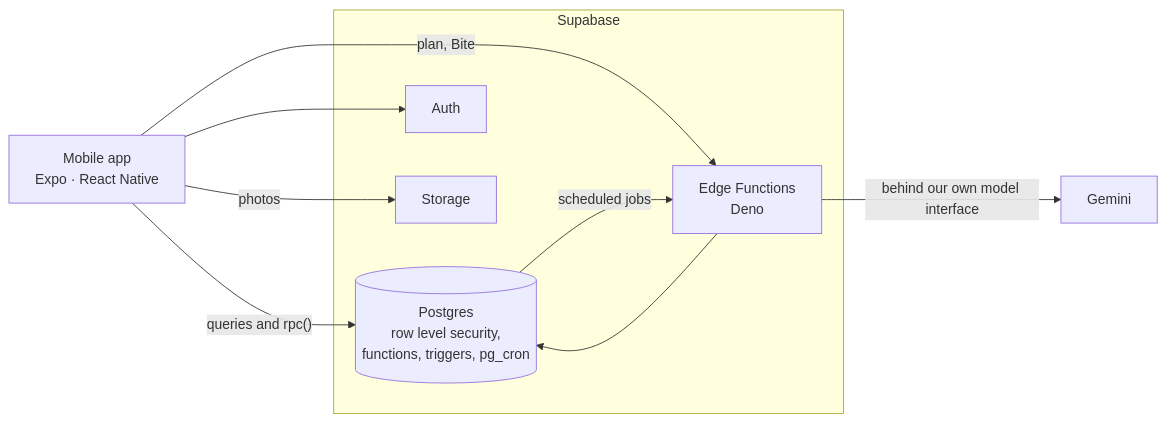
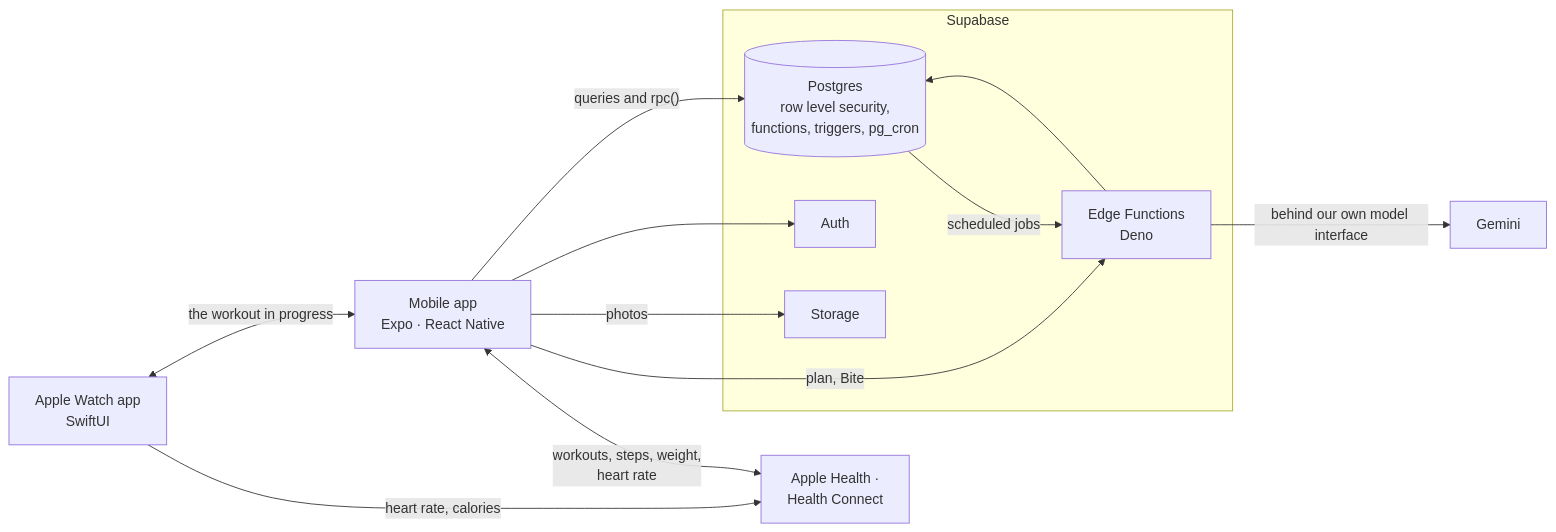
Before and after one commit to Kaandroids/benchbite: the diagram in README.md, drawn with Mermaid. The commit also changed other lines of this file, not shown here.

First line of the commit message:
docs: bring the readme up to date with the watch, health apps and premium (#598)

````diff
--- a/README.md
+++ b/README.md
@@ -86,19 +96,24 @@
 ```mermaid
 flowchart LR
+  watch["Apple Watch app<br/>SwiftUI"]
+  health["Apple Health ·<br/>Health Connect"]
   app["Mobile app<br/>Expo · React Native"]
   subgraph supabase["Supabase"]
     db[("Postgres<br/>row level security,<br/>functions, triggers, pg_cron")]
     auth["Auth"]
     storage["Storage"]
     fn["Edge Functions<br/>Deno"]
   end
   gemini["Gemini"]
 
+  watch <-- "the workout in progress" --> app
+  watch -- "heart rate, calories" --> health
+  app <-- "workouts, steps, weight,<br/>heart rate" --> health
   app -- "queries and rpc()" --> db
   app --> auth
   app -- "photos" --> storage
   app -- "plan, Bite" --> fn
   fn --> db
   fn -- "behind our own model interface" --> gemini
   db -- "scheduled jobs" --> fn
 ```
````
